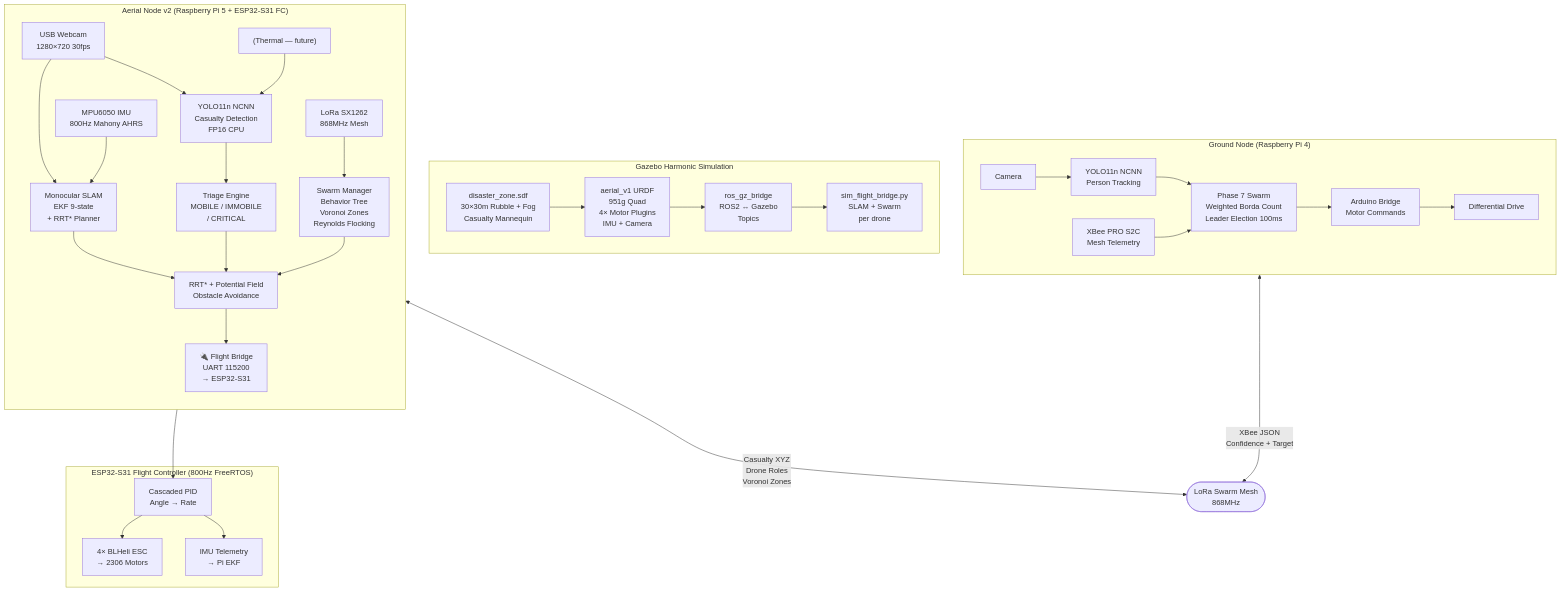
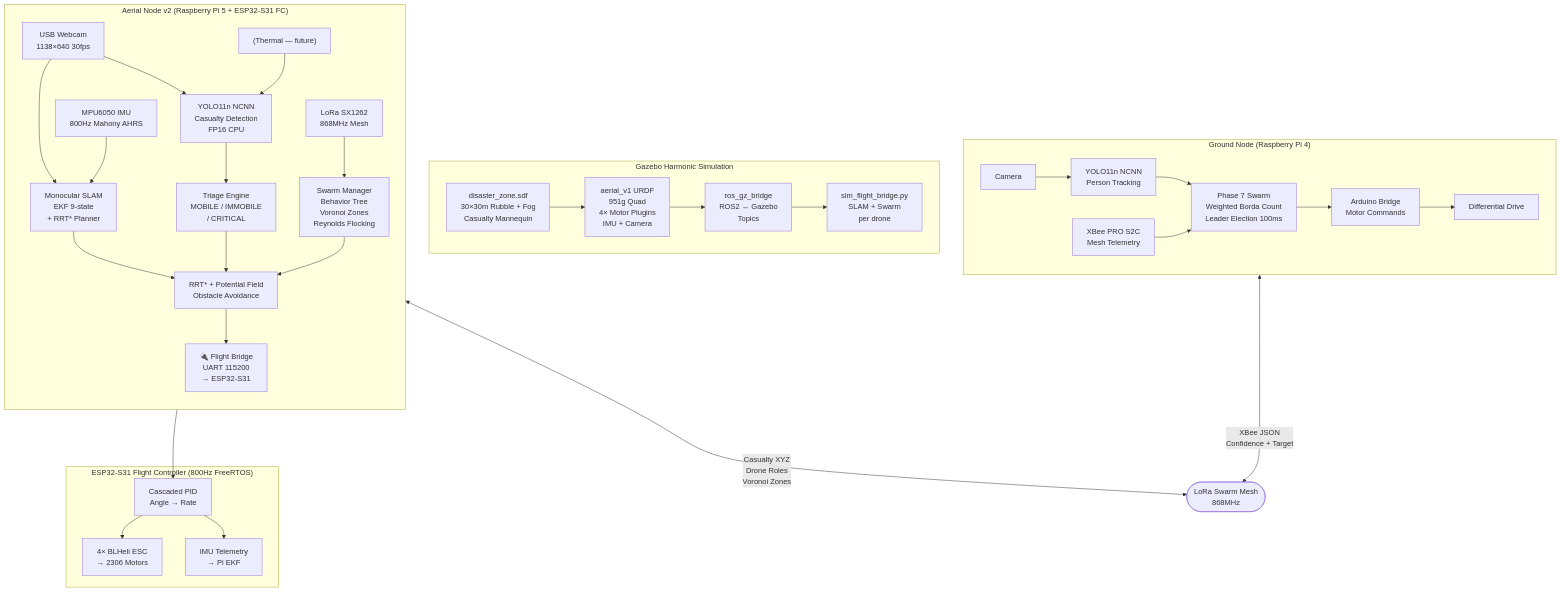
Before and after one commit to Dealer-09/SARAS: the diagram in README.md, drawn with Mermaid. The commit also changed other lines of this file, not shown here.

Commit message:
Update camera resolution in README

````diff
--- a/README.md
+++ b/README.md
@@ -12,42 +12,42 @@
 ```mermaid
 flowchart TD
     subgraph AERIAL["Aerial Node v2 (Raspberry Pi 5 + ESP32-S31 FC)"]
         direction TB
-        CAM["USB Webcam\n1280×720 30fps"] --> SLAM["Monocular SLAM\nEKF 9-state\n+ RRT* Planner"]
+        CAM["USB Webcam\n1138×640 30fps"] --> SLAM["Monocular SLAM\nEKF 9-state\n+ RRT* Planner"]
         IMU_HW["MPU6050 IMU\n800Hz Mahony AHRS"] --> SLAM
         CAM --> VISION["YOLO11n NCNN\nCasualty Detection\nFP16 CPU"]
         THERMAL["(Thermal — future)"] --> VISION
         VISION --> FUSION["Triage Engine\nMOBILE / IMMOBILE\n/ CRITICAL"]
         SLAM --> PLANNER["RRT* + Potential Field\nObstacle Avoidance"]
         FUSION --> PLANNER
         LORA["LoRa SX1262\n868MHz Mesh"] --> SWARM_MGR["Swarm Manager\nBehavior Tree\nVoronoi Zones\nReynolds Flocking"]
         SWARM_MGR --> PLANNER
         PLANNER --> FC_BRIDGE["🔌 Flight Bridge\nUART 115200\n→ ESP32-S31"]
     end
 
     subgraph FC["ESP32-S31 Flight Controller (800Hz FreeRTOS)"]
         FC_BRIDGE --> PID["Cascaded PID\nAngle → Rate"]
         PID --> MOTORS["4× BLHeli ESC\n→ 2306 Motors"]
         PID --> TELEM["IMU Telemetry\n→ Pi EKF"]
     end
 
     subgraph SIM["Gazebo Harmonic Simulation"]
         GZ_WORLD["disaster_zone.sdf\n30×30m Rubble + Fog\nCasualty Mannequin"]
         GZ_DRONE["aerial_v1 URDF\n951g Quad\n4× Motor Plugins\nIMU + Camera"]
         GZ_BRIDGE["ros_gz_bridge\nROS2 ↔ Gazebo\nTopics"]
         SIM_AUTONOMY["sim_flight_bridge.py\nSLAM + Swarm\nper drone"]
         GZ_WORLD --> GZ_DRONE --> GZ_BRIDGE --> SIM_AUTONOMY
     end
 
     subgraph GROUND["Ground Node (Raspberry Pi 4)"]
         PI_CAM["Camera"] --> YOLO["YOLO11n NCNN\nPerson Tracking"]
         YOLO --> NEGOTIATOR["Phase 7 Swarm\nWeighted Borda Count\nLeader Election 100ms"]
         NEGOTIATOR --> ARDUINO["Arduino Bridge\nMotor Commands"]
         XBEE["XBee PRO S2C\nMesh Telemetry"] --> NEGOTIATOR
         ARDUINO --> WHEELS["Differential Drive"]
     end
 
     LORA_LINK(["LoRa Swarm Mesh\n868MHz"])
     AERIAL <-->|"Casualty XYZ\nDrone Roles\nVoronoi Zones"| LORA_LINK
     GROUND <-->|"XBee JSON\nConfidence + Target"| LORA_LINK
 ```
````
